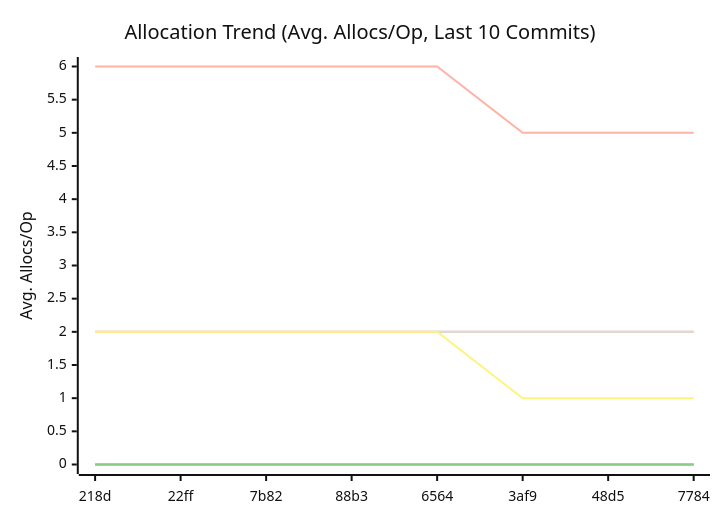
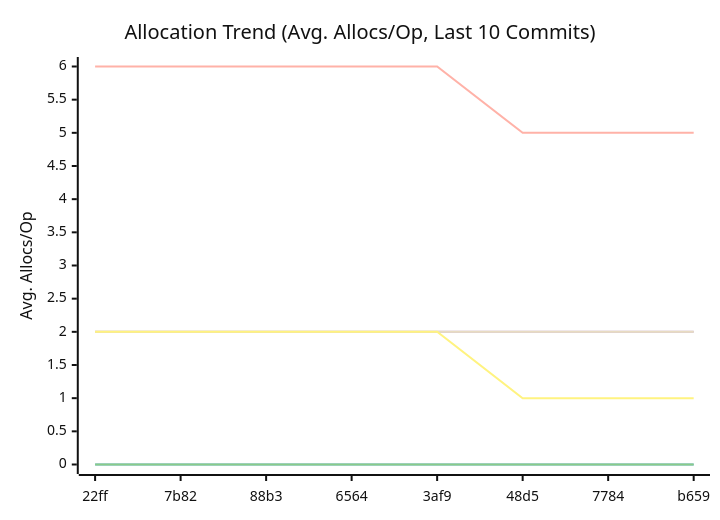
One commit to alsotoes/momo changed the third of 3 diagrams in doc/README.md. Above: the diagram before and after it, drawn with Mermaid (neutral theme). The commit also changed other lines of this file and 1 other file, not shown here.

````diff
--- a/doc/README.md
+++ b/doc/README.md
@@ -326,14 +326,14 @@
 ```mermaid
 xychart-beta
     title "Allocation Trend (Avg. Allocs/Op, Last 10 Commits)"
     x-axis "Commit"
     y-axis "Avg. Allocs/Op"
-    x-axis [218d,22ff,7b82,88b3,6564,3af9,48d5,7784]
+    x-axis [22ff,7b82,88b3,6564,3af9,48d5,7784,b659]
     line "CheckMetricsAndSwap" [0,0,0,0,0,0,0,0,0,0]
     line "IndexDirectTracking" [0,0,0,0,0,0,0,0,0,0]
     line "IndexSearch" [0,0,0,0,0,0,0,0,0,0]
     line "LoadGlobalConfig" [2,2,2,2,2,2,2,2,2,2]
     line "PadString" [2,2,2,2,2,2,2,2,2,2]
     line "ParseReplicationOrder_NoPrealloc" [6,6,6,6,6,5,5,5,5,5]
     line "ParseReplicationOrder_Prealloc" [2,2,2,2,2,1,1,1,1,1]
 ```
````
